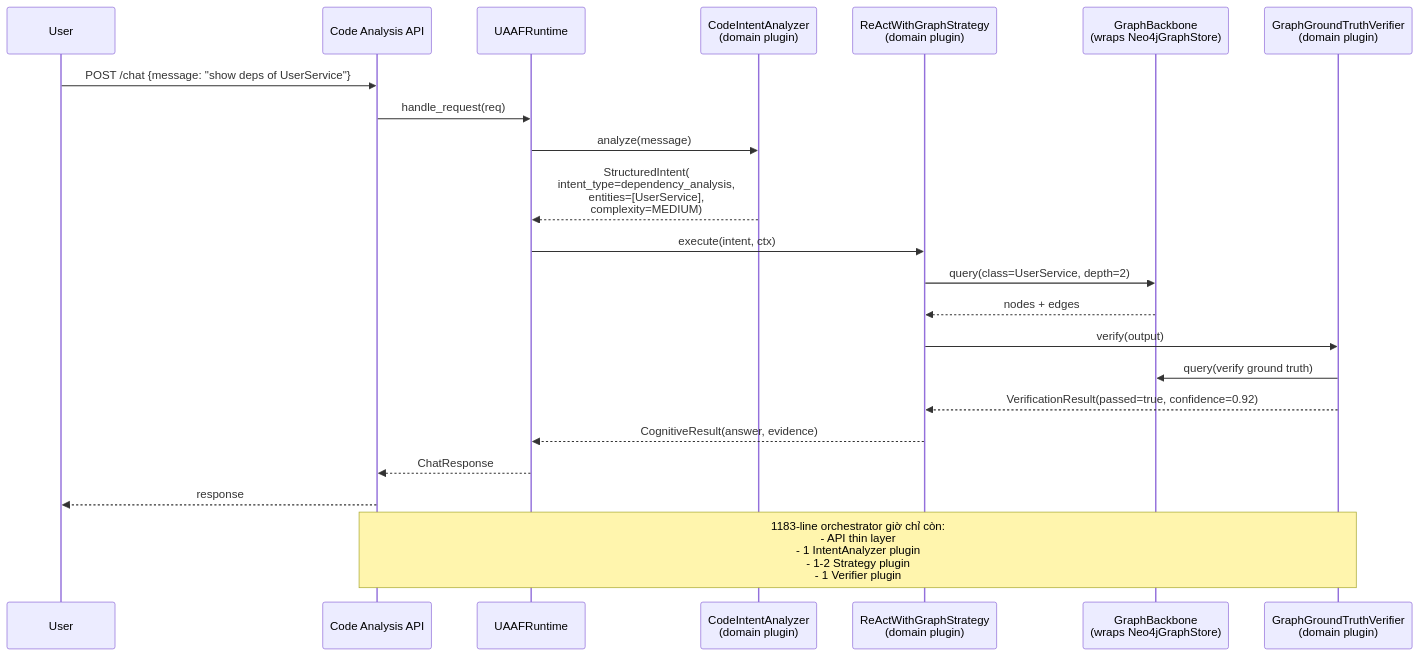
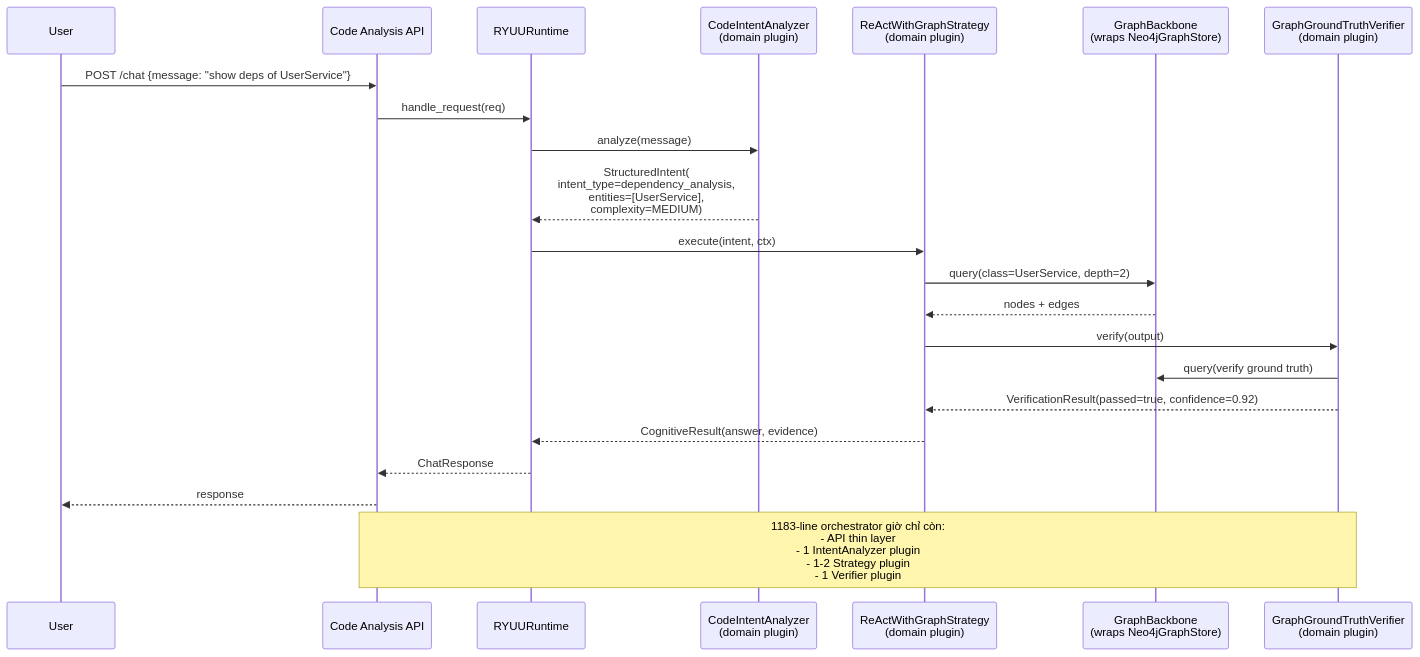
Before and after one commit to thanhphuongasia/universal-agentic-ai-framework: the fourth of 4 diagrams in docs/uaaf-framework-spec.md, drawn with Mermaid. The commit also changed other lines of this file and 458 other files, not shown here.

````diff
--- a/docs/uaaf-framework-spec.md
+++ b/docs/uaaf-framework-spec.md
@@ -811,26 +811,26 @@
 ```mermaid
 sequenceDiagram
     participant User
     participant API as Code Analysis API
-    participant Runtime as UAAFRuntime
+    participant Runtime as RYUURuntime
     participant DomainIA as CodeIntentAnalyzer<br/>(domain plugin)
     participant ReAct as ReActWithGraphStrategy<br/>(domain plugin)
     participant Graph as GraphBackbone<br/>(wraps Neo4jGraphStore)
     participant Verifier as GraphGroundTruthVerifier<br/>(domain plugin)
 
     User->>API: POST /chat {message: "show deps of UserService"}
     API->>Runtime: handle_request(req)
     Runtime->>DomainIA: analyze(message)
     DomainIA-->>Runtime: StructuredIntent(<br/>intent_type=dependency_analysis,<br/>entities=[UserService],<br/>complexity=MEDIUM)
     Runtime->>ReAct: execute(intent, ctx)
     ReAct->>Graph: query(class=UserService, depth=2)
     Graph-->>ReAct: nodes + edges
     ReAct->>Verifier: verify(output)
     Verifier->>Graph: query(verify ground truth)
     Verifier-->>ReAct: VerificationResult(passed=true, confidence=0.92)
     ReAct-->>Runtime: CognitiveResult(answer, evidence)
     Runtime-->>API: ChatResponse
     API-->>User: response
 
     Note over API,Verifier: 1183-line orchestrator giờ chỉ còn:<br/>- API thin layer<br/>- 1 IntentAnalyzer plugin<br/>- 1-2 Strategy plugin<br/>- 1 Verifier plugin
 ```
````
